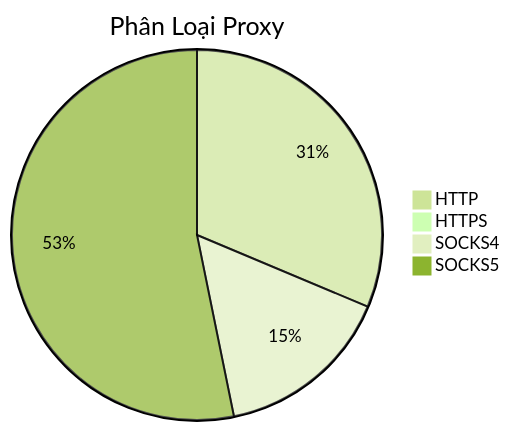
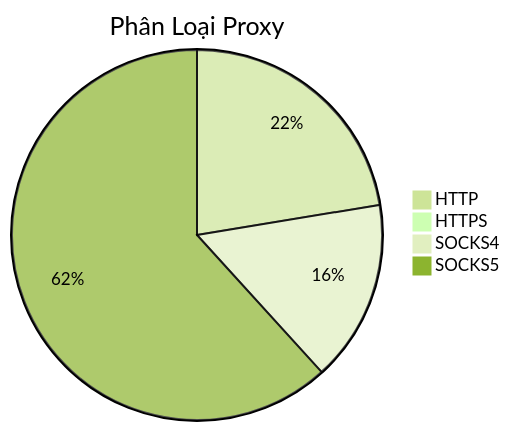
One commit to Ciara-12/PROXY-free changed the diagram in README.md. Above: the diagram before and after it, drawn with Mermaid (forest theme). The commit also changed other lines of this file and 3 other files, not shown here.

````diff
--- a/README.md
+++ b/README.md
@@ -26,7 +26,7 @@
 ```mermaid
 pie title Phân Loại Proxy
-    "HTTP" : 759
+    "HTTP" : 472
     "HTTPS" : 0
-    "SOCKS4" : 375
-    "SOCKS5" : 1289
+    "SOCKS4" : 334
+    "SOCKS5" : 1301
 ```
````
